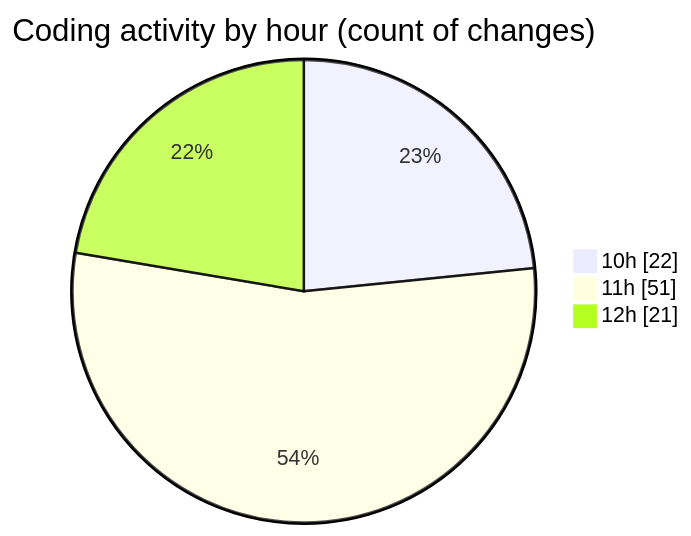
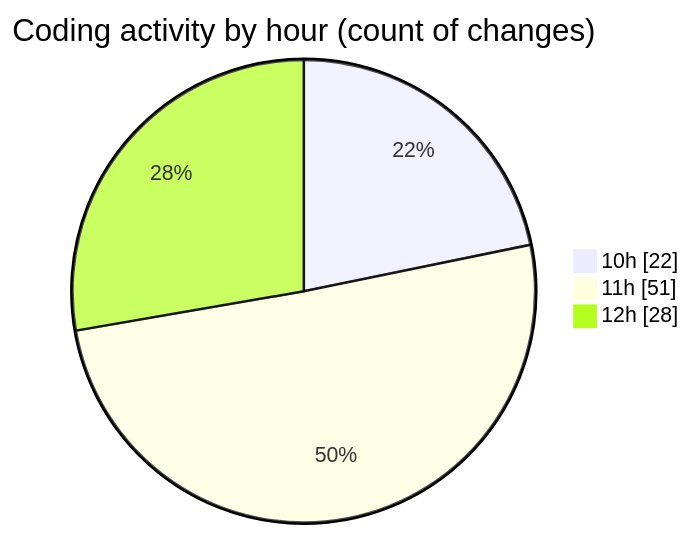
Before and after one commit to momahboobian/code-tracking: the second of 2 diagrams in 2025-04-29/cda/README.md, drawn with Mermaid. The commit also changed other lines of this file and 1 other file, not shown here.

````diff
--- a/2025-04-29/cda/README.md
+++ b/2025-04-29/cda/README.md
@@ -50,7 +50,7 @@
 ```mermaid
 pie showData
 title Coding activity by hour (count of changes)
 "10h" : 22
 "11h" : 51
-"12h" : 21
+"12h" : 28
 ```
````
